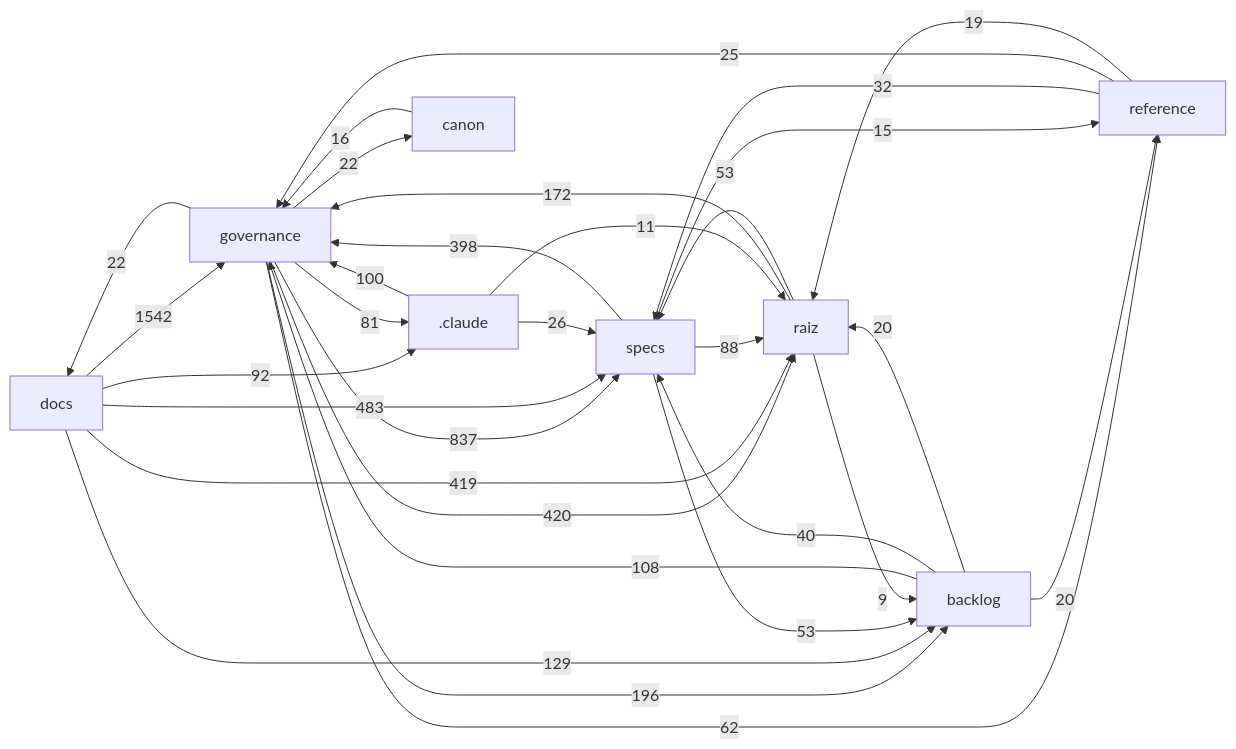
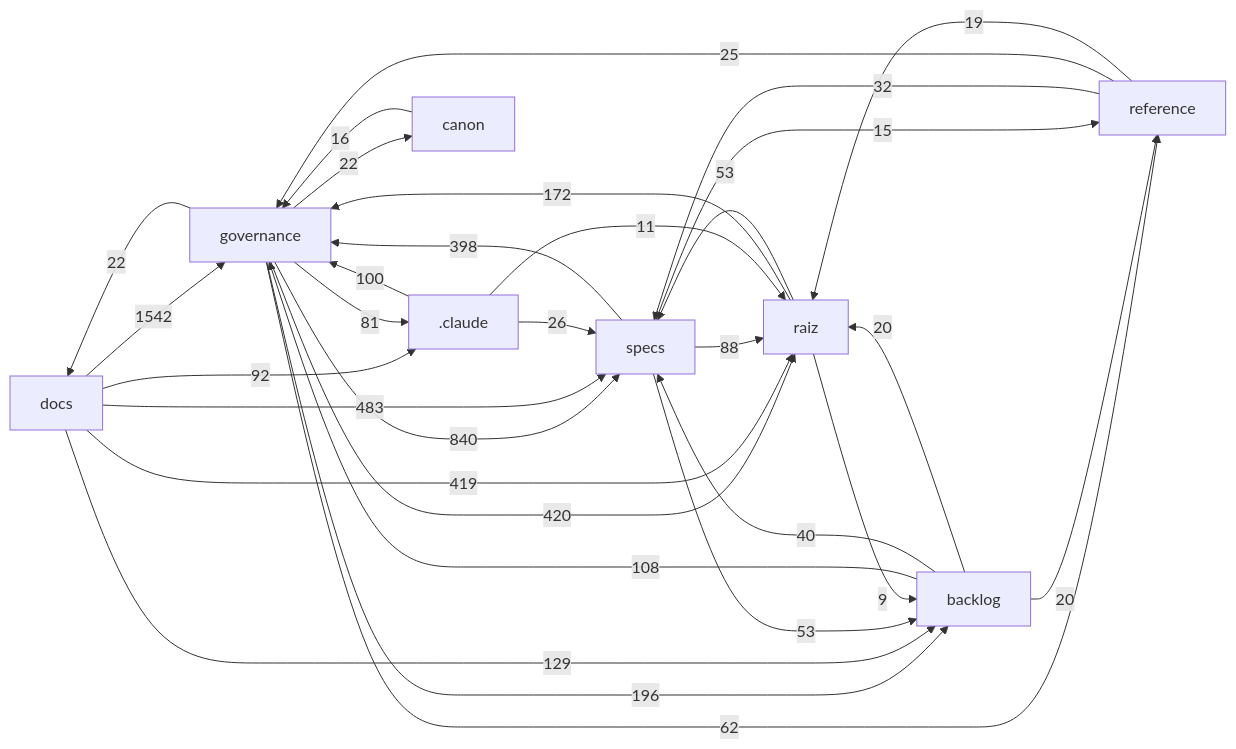
Before and after one commit to Andraus35/Sistema-Operacional-de-Trading--SOT: the diagram in docs/mapa/MAPA-PROJETO.md, drawn with Mermaid. The commit also changed other lines of this file and 5 other files, not shown here.

````diff
--- a/docs/mapa/MAPA-PROJETO.md
+++ b/docs/mapa/MAPA-PROJETO.md
@@ -29,33 +29,33 @@
 ```mermaid
 flowchart LR
   docs["docs"] -->|1542| governance["governance"]
-  governance["governance"] -->|837| specs["specs"]
+  governance["governance"] -->|840| specs["specs"]
   docs["docs"] -->|483| specs["specs"]
   governance["governance"] -->|420| raiz["raiz"]
   docs["docs"] -->|419| raiz["raiz"]
   specs["specs"] -->|398| governance["governance"]
   governance["governance"] -->|196| backlog["backlog"]
   raiz["raiz"] -->|172| governance["governance"]
   docs["docs"] -->|129| backlog["backlog"]
   backlog["backlog"] -->|108| governance["governance"]
   _claude[".claude"] -->|100| governance["governance"]
   docs["docs"] -->|92| _claude[".claude"]
   specs["specs"] -->|88| raiz["raiz"]
   governance["governance"] -->|81| _claude[".claude"]
   governance["governance"] -->|62| reference["reference"]
   raiz["raiz"] -->|53| specs["specs"]
   specs["specs"] -->|53| backlog["backlog"]
   backlog["backlog"] -->|40| specs["specs"]
   reference["reference"] -->|32| specs["specs"]
   _claude[".claude"] -->|26| specs["specs"]
   reference["reference"] -->|25| governance["governance"]
   governance["governance"] -->|22| docs["docs"]
   governance["governance"] -->|22| canon["canon"]
   backlog["backlog"] -->|20| raiz["raiz"]
   backlog["backlog"] -->|20| reference["reference"]
   reference["reference"] -->|19| raiz["raiz"]
   canon["canon"] -->|16| governance["governance"]
   specs["specs"] -->|15| reference["reference"]
   _claude[".claude"] -->|11| raiz["raiz"]
   raiz["raiz"] -->|9| backlog["backlog"]
 ```
````
